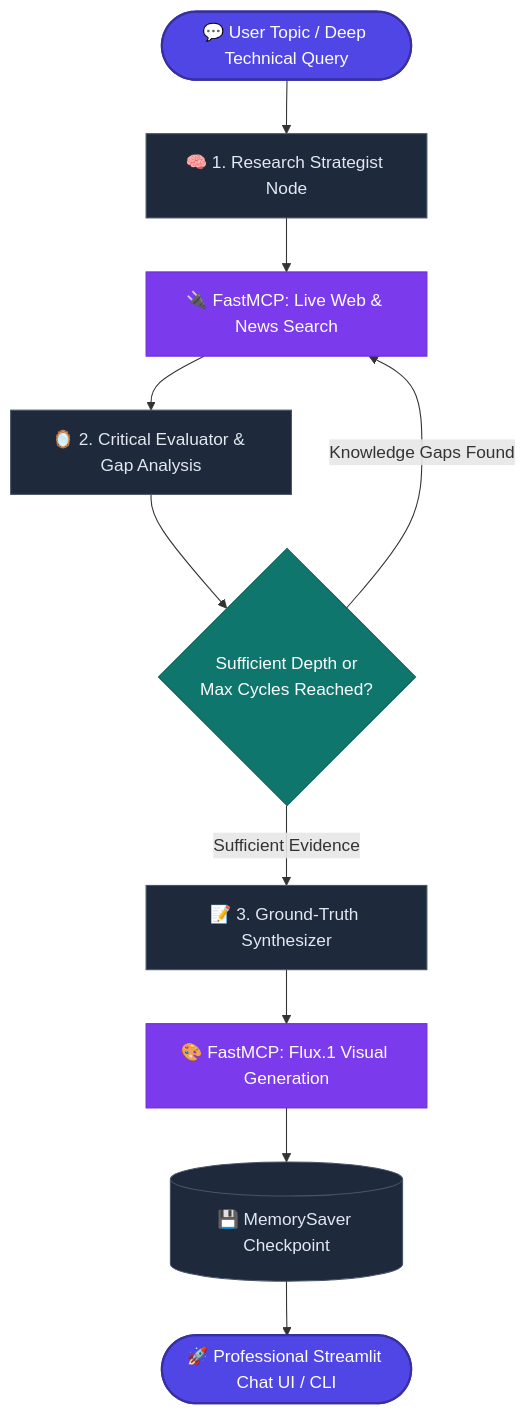
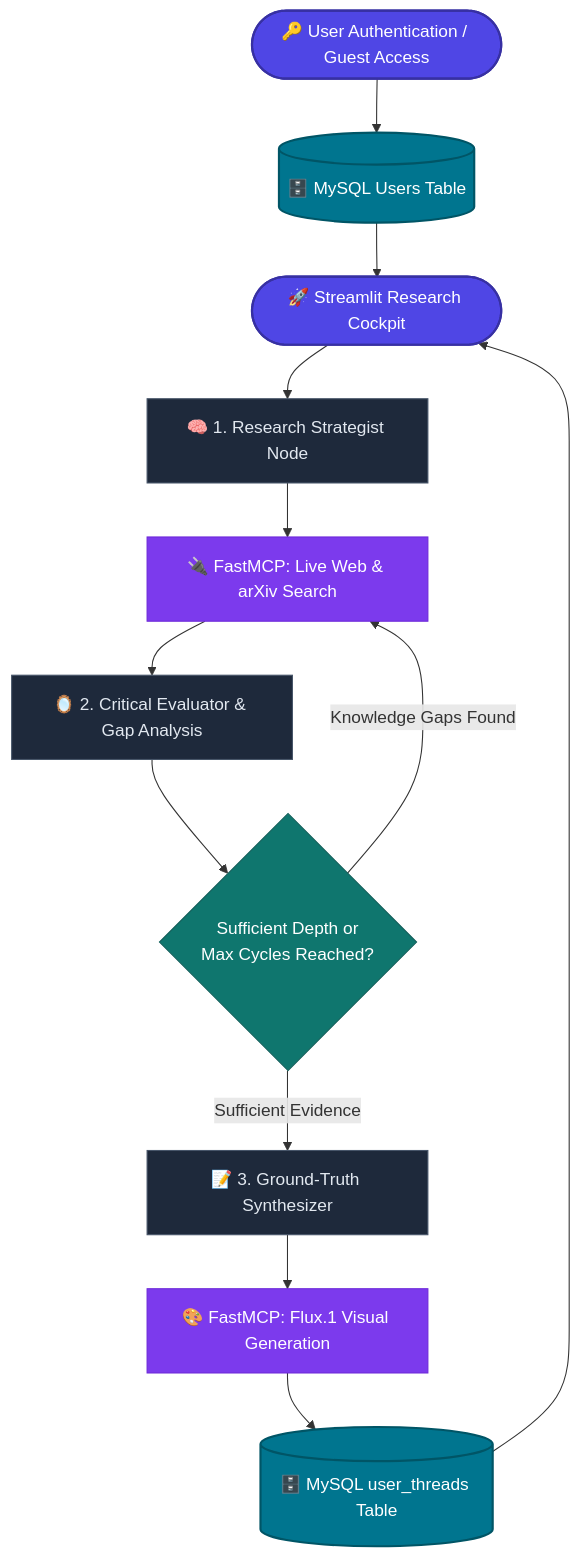
The diagram in README.md (Sanil656/AI-Research-Agent), drawn with Mermaid before and after one commit. The commit also changed other lines of this file, not shown here.

Commit message:
docs: update README with MySQL authentication schema, arXiv research, FastMCP architecture, and deployment guide

````diff
--- a/README.md
+++ b/README.md
@@ -61,17 +70,20 @@
 ```mermaid
 graph TD
     classDef startend fill:#4f46e5,stroke:#3730a3,stroke-width:2px,color:#fff;
     classDef process fill:#1e293b,stroke:#475569,stroke-width:1px,color:#e2e8f0;
     classDef mcp fill:#7c3aed,stroke:#6d28d9,stroke-width:1px,color:#fff;
     classDef decision fill:#0f766e,stroke:#115e59,stroke-width:1px,color:#fff;
+    classDef db fill:#00758f,stroke:#005566,stroke-width:2px,color:#fff;
 
-    Start([💬 User Topic / Deep Technical Query]):::startend --> Plan[🧠 1. Research Strategist Node]:::process
-    Plan --> MCP_Search[🔌 FastMCP: Live Web & News Search]:::mcp
+    Auth([🔑 User Authentication / Guest Access]):::startend --> DB_Auth[(🗄️ MySQL Users Table)]:::db
+    DB_Auth --> UI([🚀 Streamlit Research Cockpit]):::startend
+    UI --> Plan[🧠 1. Research Strategist Node]:::process
+    Plan --> MCP_Search[🔌 FastMCP: Live Web & arXiv Search]:::mcp
     MCP_Search --> Reflect[🪞 2. Critical Evaluator & Gap Analysis]:::process
     Reflect --> Decision{Sufficient Depth or<br/>Max Cycles Reached?}:::decision
     Decision -- "Knowledge Gaps Found" --> MCP_Search
     Decision -- "Sufficient Evidence" --> Synthesize[📝 3. Ground-Truth Synthesizer]:::process
     Synthesize --> MCP_Image[🎨 FastMCP: Flux.1 Visual Generation]:::mcp
-    MCP_Image --> Memory[(💾 MemorySaver Checkpoint)]:::process
-    Memory --> UI([🚀 Professional Streamlit Chat UI / CLI]):::startend
+    MCP_Image --> DB_Sync[(🗄️ MySQL user_threads Table)]:::db
+    DB_Sync --> UI
 ```
````
